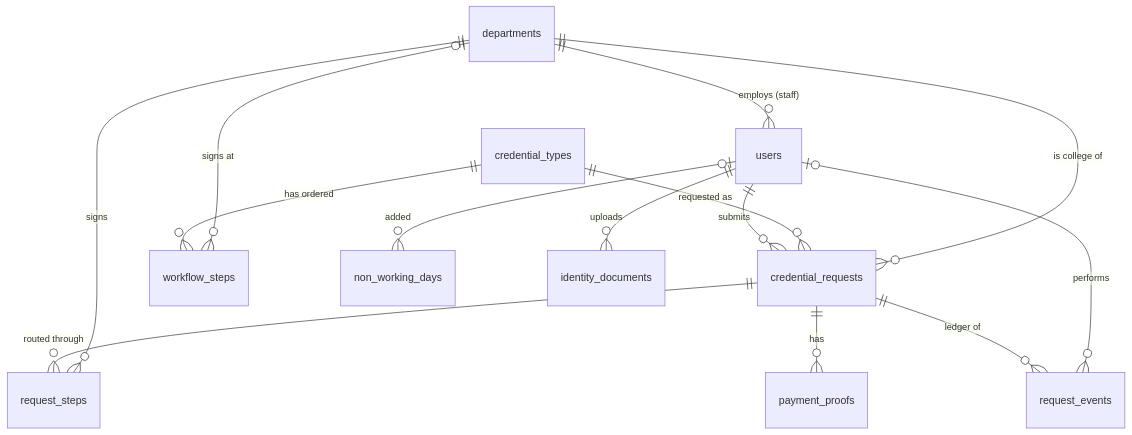
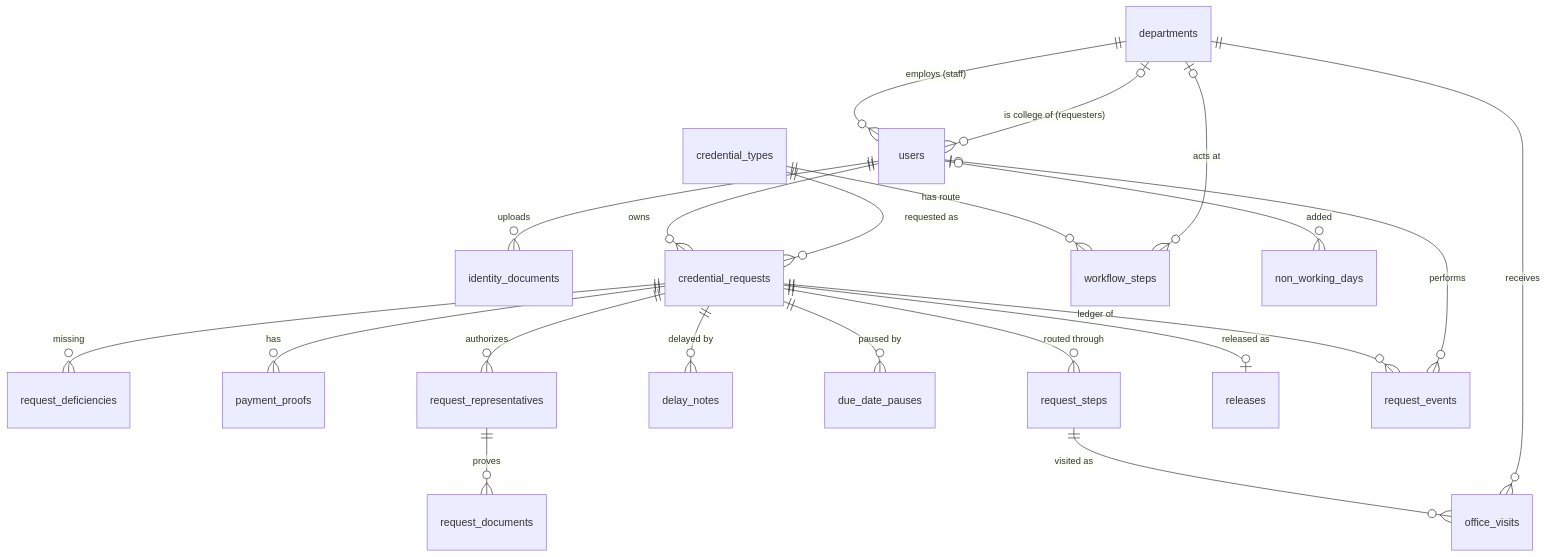
Before and after one commit to ZyrusAlvez/Online-Academic-Credential-Request: the diagram in docs/data-dictionary.md, drawn with Mermaid. The commit also changed other lines of this file and 106 other files, not shown here.

First line of the commit message:
feat(requests): request lifecycle of the client's workflow

````diff
--- a/docs/data-dictionary.md
+++ b/docs/data-dictionary.md
@@ -13,16 +13,23 @@
 ```mermaid
 erDiagram
     departments ||--o{ users : "employs (staff)"
-    users ||--o{ credential_requests : submits
-    credential_types ||--o{ workflow_steps : "has ordered"
-    departments |o--o{ workflow_steps : "signs at"
+    departments |o--o{ users : "is college of (requesters)"
+    users ||--o{ identity_documents : uploads
+    users ||--o{ credential_requests : "owns"
+    credential_types ||--o{ workflow_steps : "has route"
+    departments |o--o{ workflow_steps : "acts at"
     credential_types ||--o{ credential_requests : "requested as"
-    departments ||--o{ credential_requests : "is college of"
+    credential_requests ||--o{ request_deficiencies : "missing"
+    credential_requests ||--o{ payment_proofs : has
     credential_requests ||--o{ request_steps : "routed through"
-    departments ||--o{ request_steps : signs
-    credential_requests ||--o{ payment_proofs : has
+    request_steps ||--o{ office_visits : "visited as"
+    departments ||--o{ office_visits : receives
+    credential_requests ||--o{ delay_notes : "delayed by"
+    credential_requests ||--o{ due_date_pauses : "paused by"
+    credential_requests ||--o{ request_representatives : "authorizes"
+    request_representatives ||--o{ request_documents : "proves"
+    credential_requests ||--o| releases : "released as"
     credential_requests ||--o{ request_events : "ledger of"
     users |o--o{ request_events : performs
     users |o--o{ non_working_days : "added"
-    users ||--o{ identity_documents : uploads
 ```
````
